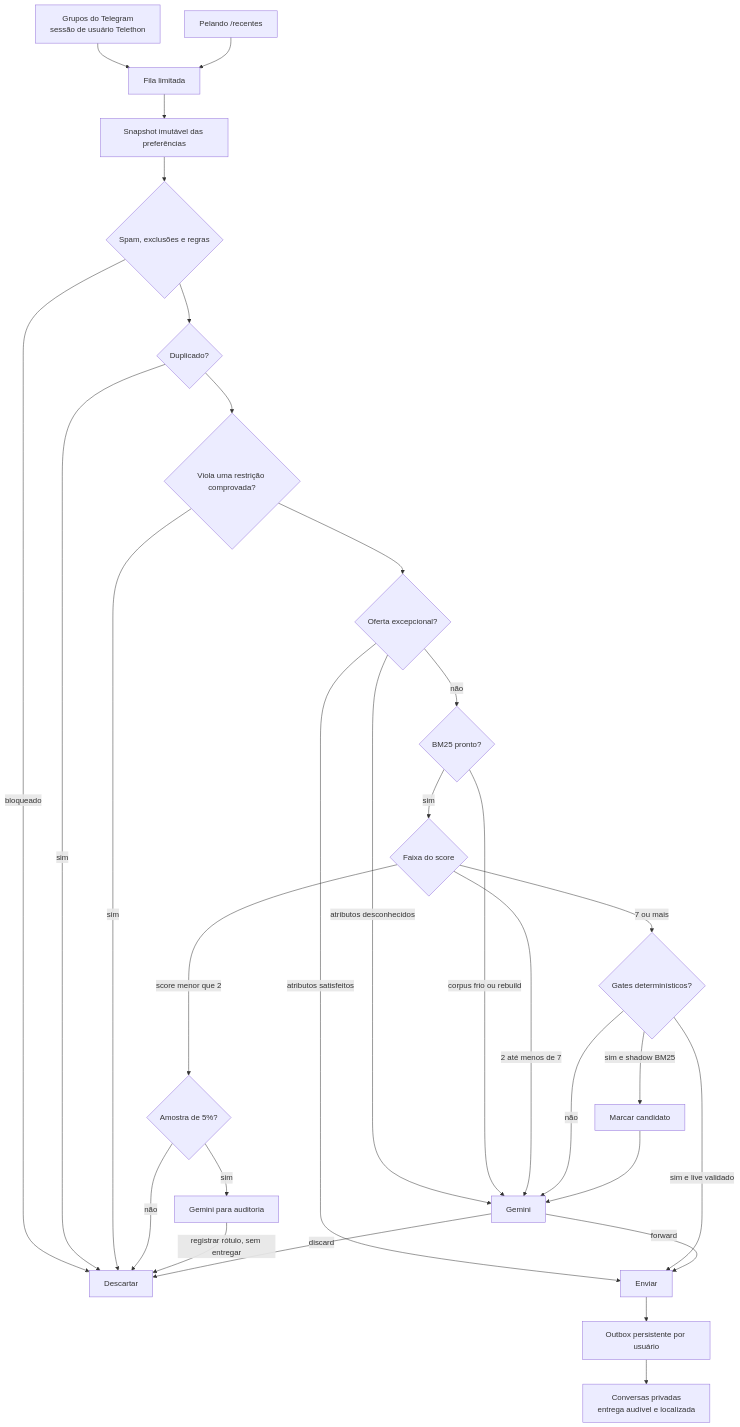
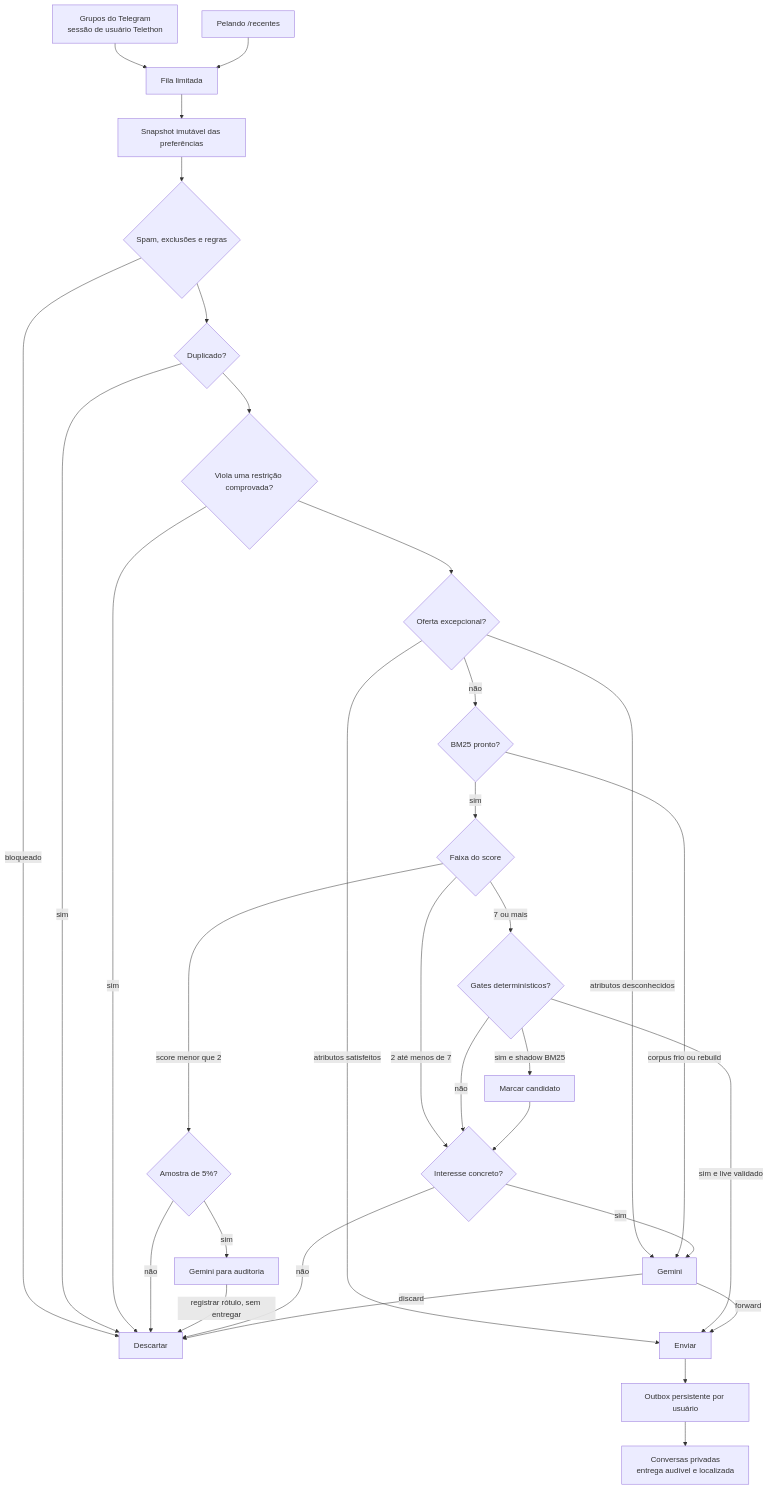
Before and after one commit to koobzaar/Sieve: the diagram in README.pt-BR.md, drawn with Mermaid. The commit also changed other lines of this file and 20 other files, not shown here.

````diff
--- a/README.pt-BR.md
+++ b/README.pt-BR.md
@@ -66,32 +66,34 @@
 ```mermaid
 flowchart TD
     TG[Grupos do Telegram<br/>sessão de usuário Telethon] --> Q[Fila limitada]
     PL[Pelando /recentes] --> Q
     Q --> PS[Snapshot imutável das preferências]
     PS --> F{Spam, exclusões e regras}
     F -->|bloqueado| D[Descartar]
     F --> DD{Duplicado?}
     DD -->|sim| D
     DD --> C{Viola uma restrição comprovada?}
     C -->|sim| D
     C --> E{Oferta excepcional?}
     E -->|atributos satisfeitos| O[Enviar]
     E -->|atributos desconhecidos| G[Gemini]
     E -->|não| R{BM25 pronto?}
     R -->|corpus frio ou rebuild| G
     R -->|sim| B{Faixa do score}
     B -->|score menor que 2| A{Amostra de 5%?}
     A -->|não| D
     A -->|sim| GA[Gemini para auditoria]
     GA -->|registrar rótulo, sem entregar| D
-    B -->|2 até menos de 7| G
+    B -->|2 até menos de 7| I{Interesse concreto?}
     B -->|7 ou mais| K{Gates determinísticos?}
-    K -->|não| G
+    K -->|não| I
     K -->|sim e shadow BM25| S[Marcar candidato]
-    S --> G
+    S --> I
     K -->|sim e live validado| O
+    I -->|não| D
+    I -->|sim| G
     G -->|forward| O
     G -->|discard| D
     O --> X[Outbox persistente por usuário]
     X --> T[Conversas privadas<br/>entrega audível e localizada]
 ```
````
